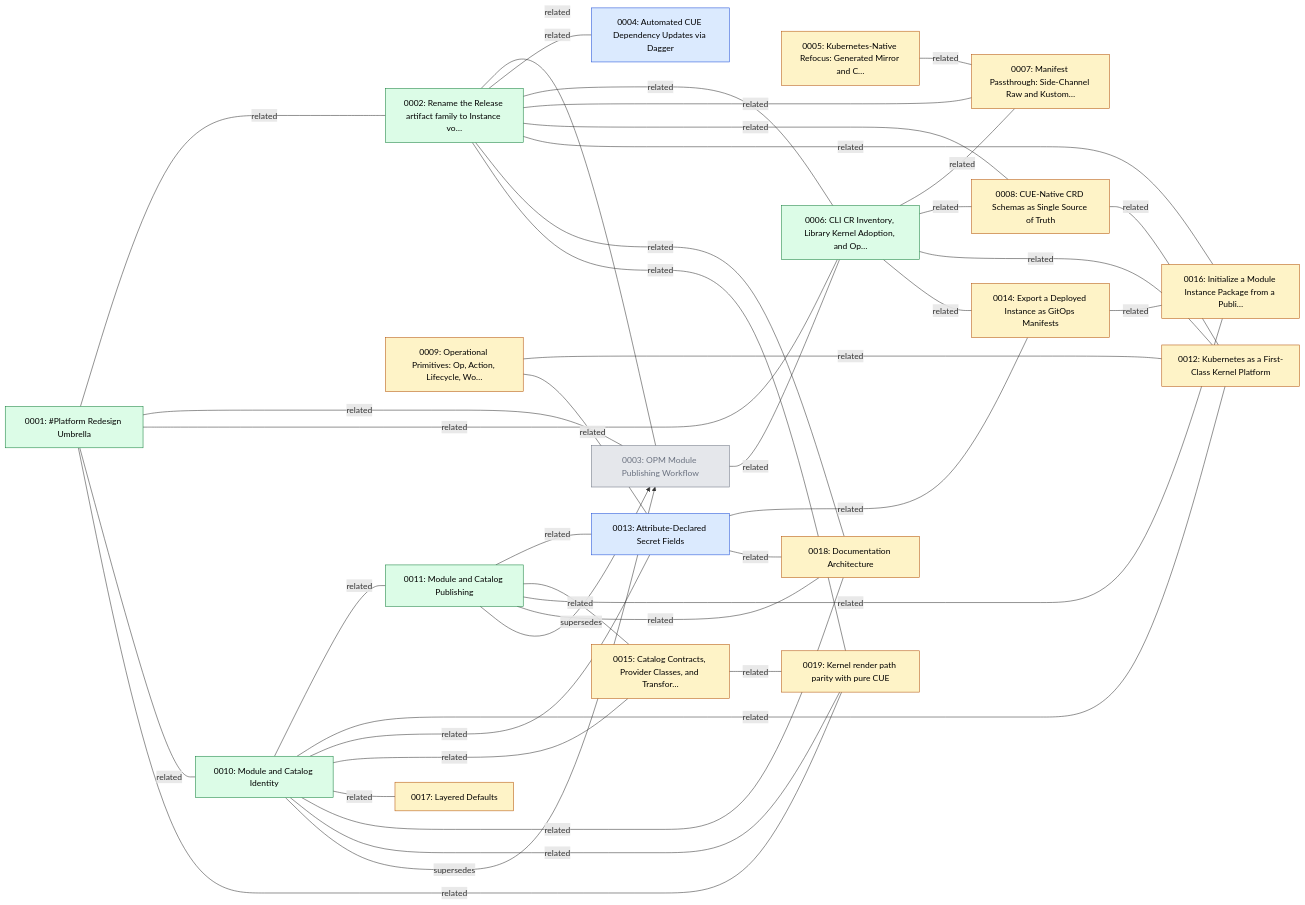
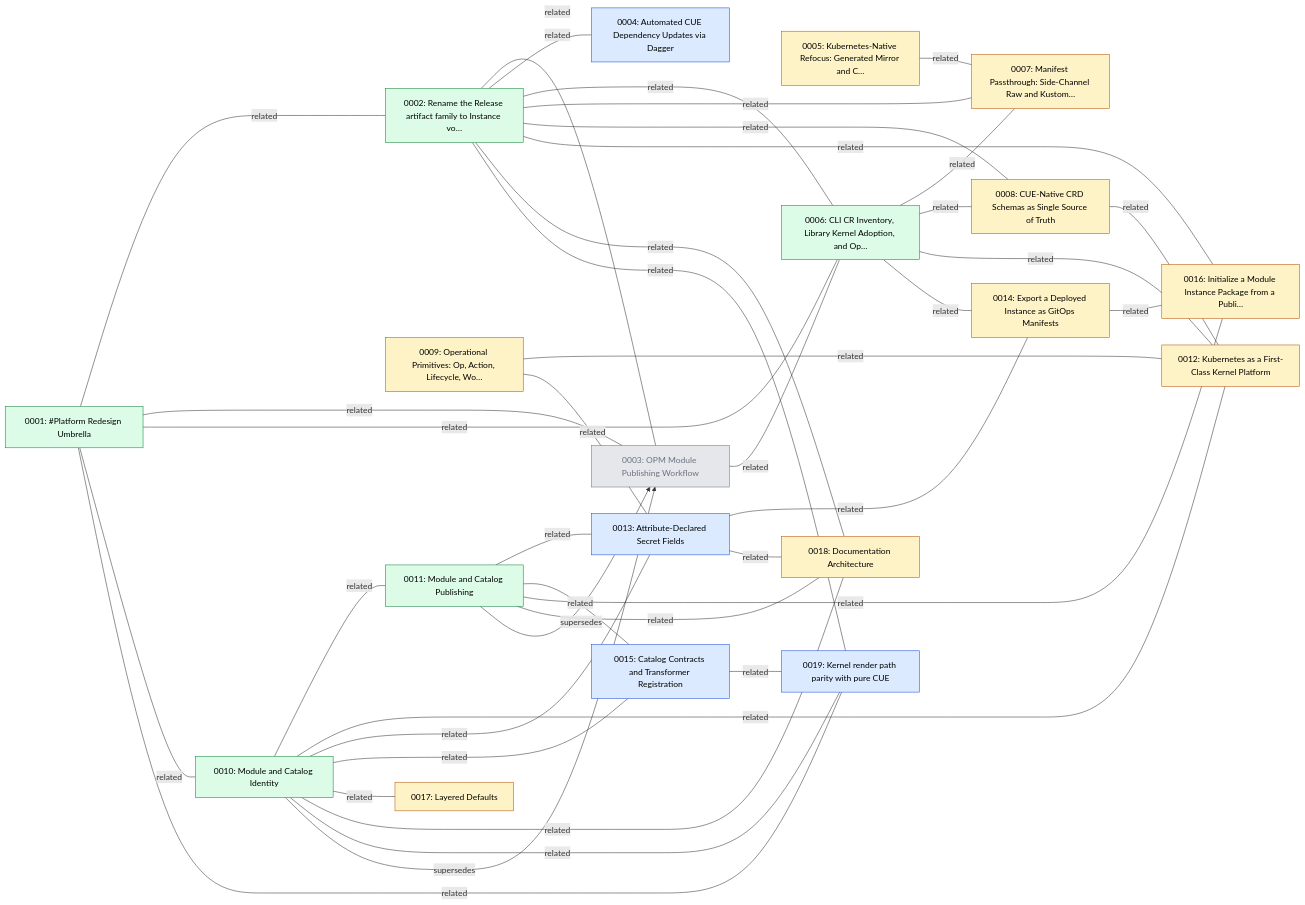
Before and after one commit to open-platform-model/enhancements: the first of 2 diagrams in GRAPH.md, drawn with Mermaid. The commit also changed 7 other files, not shown here.

````diff
--- a/GRAPH.md
+++ b/GRAPH.md
@@ -5,68 +5,68 @@
 ```mermaid
 graph LR
   classDef draft       fill:#fef3c7,stroke:#b45309,color:#000
   classDef accepted    fill:#dbeafe,stroke:#1d4ed8,color:#000
   classDef implemented fill:#dcfce7,stroke:#15803d,color:#000
   classDef superseded  fill:#e5e7eb,stroke:#6b7280,color:#6b7280
   classDef legacy      fill:#fafafa,stroke:#9ca3af,color:#6b7280,stroke-dasharray:3 3
 
   N0001["0001: #Platform Redesign Umbrella"]:::implemented
   N0002["0002: Rename the Release artifact family to Instance vo…"]:::implemented
   N0003["0003: OPM Module Publishing Workflow"]:::superseded
   N0004["0004: Automated CUE Dependency Updates via Dagger"]:::accepted
   N0005["0005: Kubernetes-Native Refocus: Generated Mirror and C…"]:::draft
   N0006["0006: CLI CR Inventory, Library Kernel Adoption, and Op…"]:::implemented
   N0007["0007: Manifest Passthrough: Side-Channel Raw and Kustom…"]:::draft
   N0008["0008: CUE-Native CRD Schemas as Single Source of Truth"]:::draft
   N0009["0009: Operational Primitives: Op, Action, Lifecycle, Wo…"]:::draft
   N0010["0010: Module and Catalog Identity"]:::implemented
   N0011["0011: Module and Catalog Publishing"]:::implemented
   N0012["0012: Kubernetes as a First-Class Kernel Platform"]:::draft
   N0013["0013: Attribute-Declared Secret Fields"]:::accepted
   N0014["0014: Export a Deployed Instance as GitOps Manifests"]:::draft
-  N0015["0015: Catalog Contracts, Provider Classes, and Transfor…"]:::draft
+  N0015["0015: Catalog Contracts and Transformer Registration"]:::accepted
   N0016["0016: Initialize a Module Instance Package from a Publi…"]:::draft
   N0017["0017: Layered Defaults"]:::draft
   N0018["0018: Documentation Architecture"]:::draft
-  N0019["0019: Kernel render path parity with pure CUE"]:::draft
+  N0019["0019: Kernel render path parity with pure CUE"]:::accepted
 
   N0001 ---|related| N0002
   N0001 ---|related| N0003
   N0001 ---|related| N0006
   N0001 ---|related| N0010
   N0001 ---|related| N0019
   N0002 ---|related| N0003
   N0002 ---|related| N0004
   N0002 ---|related| N0006
   N0002 ---|related| N0007
   N0002 ---|related| N0008
   N0002 ---|related| N0016
   N0002 ---|related| N0018
   N0002 ---|related| N0019
   N0003 ---|related| N0006
   N0005 ---|related| N0007
   N0006 ---|related| N0007
   N0006 ---|related| N0008
   N0006 ---|related| N0012
   N0006 ---|related| N0014
   N0008 ---|related| N0012
   N0009 ---|related| N0012
   N0009 ---|related| N0013
   N0010 ---|related| N0011
   N0010 ---|related| N0012
   N0010 ---|related| N0013
   N0010 ---|related| N0015
   N0010 ---|related| N0017
   N0010 ---|related| N0018
   N0010 ---|related| N0019
   N0011 ---|related| N0013
   N0011 ---|related| N0015
   N0011 ---|related| N0016
   N0011 ---|related| N0018
   N0013 ---|related| N0014
   N0013 ---|related| N0018
   N0014 ---|related| N0016
   N0015 ---|related| N0019
   N0010 -->|supersedes| N0003
   N0011 -->|supersedes| N0003
 ```
````
